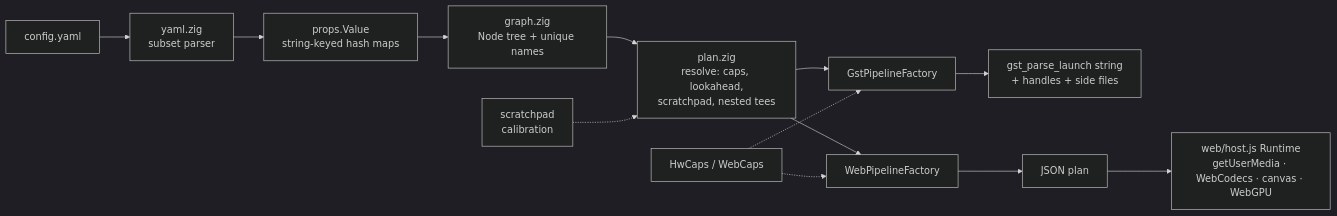
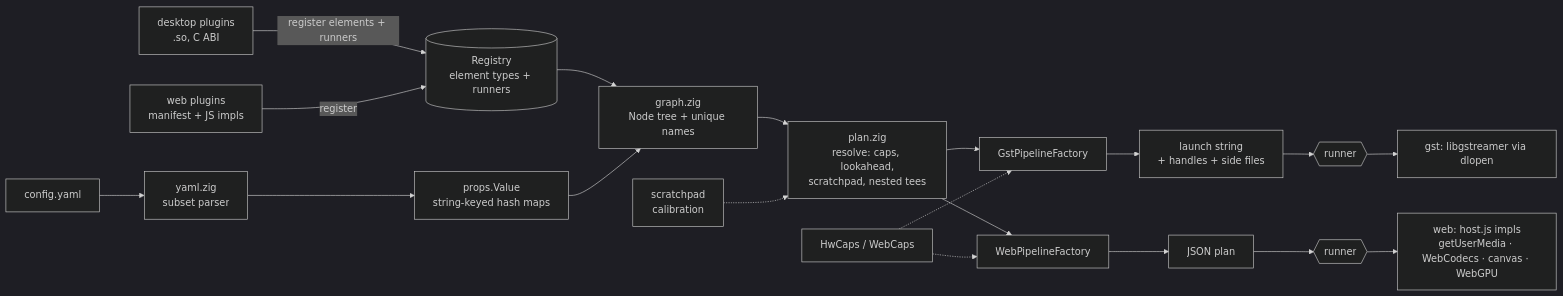
One commit to davidnoronha1/camera_driver changed the diagram in zig/README.md. Above: the diagram before and after it, drawn with Mermaid (dark theme). The commit also changed other lines of this file and 28 other files, not shown here.

First line of the commit message:
Zig: plugin system (desktop C-ABI + web manifest backends) and swappable runners

````diff
--- a/zig/README.md
+++ b/zig/README.md
@@ -12,15 +13,21 @@
 ```mermaid
 flowchart LR
     Y[config.yaml] --> P[yaml.zig<br/>subset parser]
     P --> V[props.Value<br/>string-keyed hash maps]
+    REG[(Registry<br/>element types + runners)] --> G
     V --> G[graph.zig<br/>Node tree + unique names]
     G --> R[plan.zig<br/>resolve: caps, lookahead,<br/>scratchpad, nested tees]
     R --> GF[GstPipelineFactory]
     R --> WF[WebPipelineFactory]
-    GF --> L[gst_parse_launch string<br/>+ handles + side files]
+    GF --> L[launch string<br/>+ handles + side files]
     WF --> J[JSON plan]
-    J --> H[web/host.js Runtime<br/>getUserMedia · WebCodecs · canvas · WebGPU]
+    L --> RG{{runner}}
+    J --> RW{{runner}}
+    RG --> GST[gst: libgstreamer via dlopen]
+    RW --> WEB[web: host.js impls<br/>getUserMedia · WebCodecs · canvas · WebGPU]
+    DP[desktop plugins<br/>.so, C ABI] -->|register elements + runners| REG
+    WP[web plugins<br/>manifest + JS impls] -->|register| REG
     S[scratchpad<br/>calibration] -.-> R
     HW[HwCaps / WebCaps] -.-> GF
     HW -.-> WF
 ```
````
